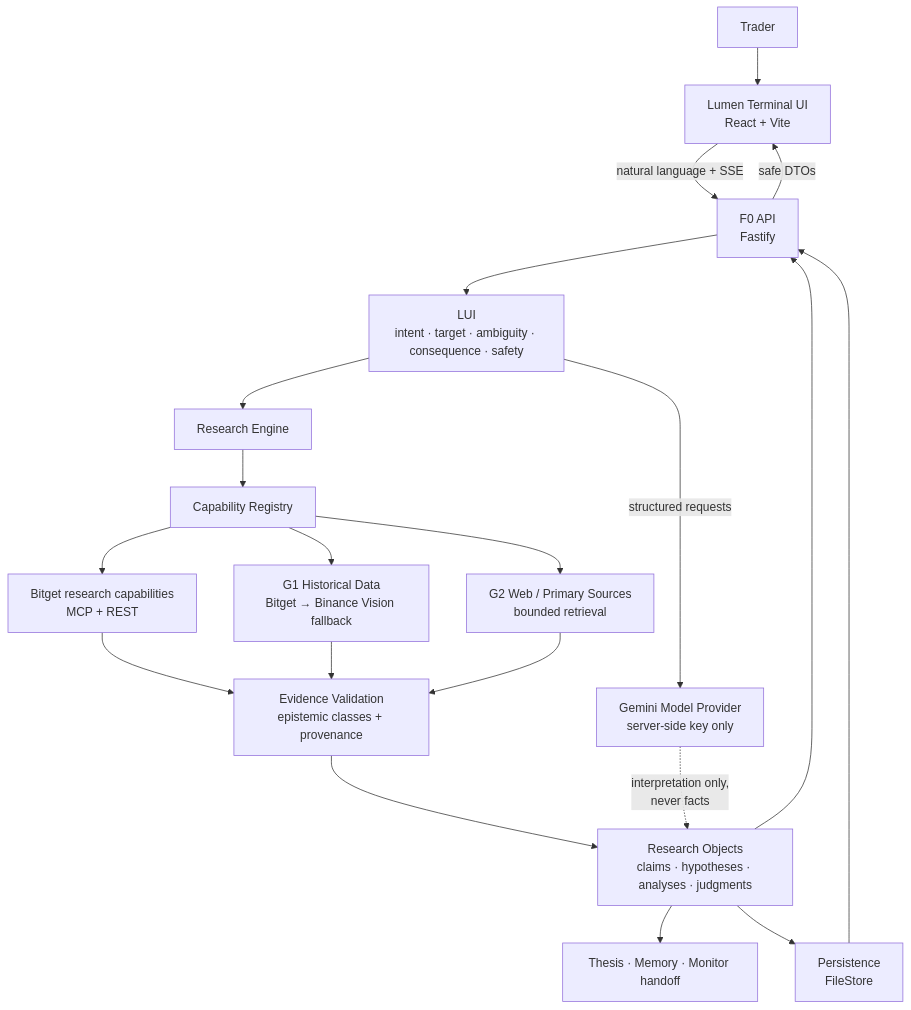
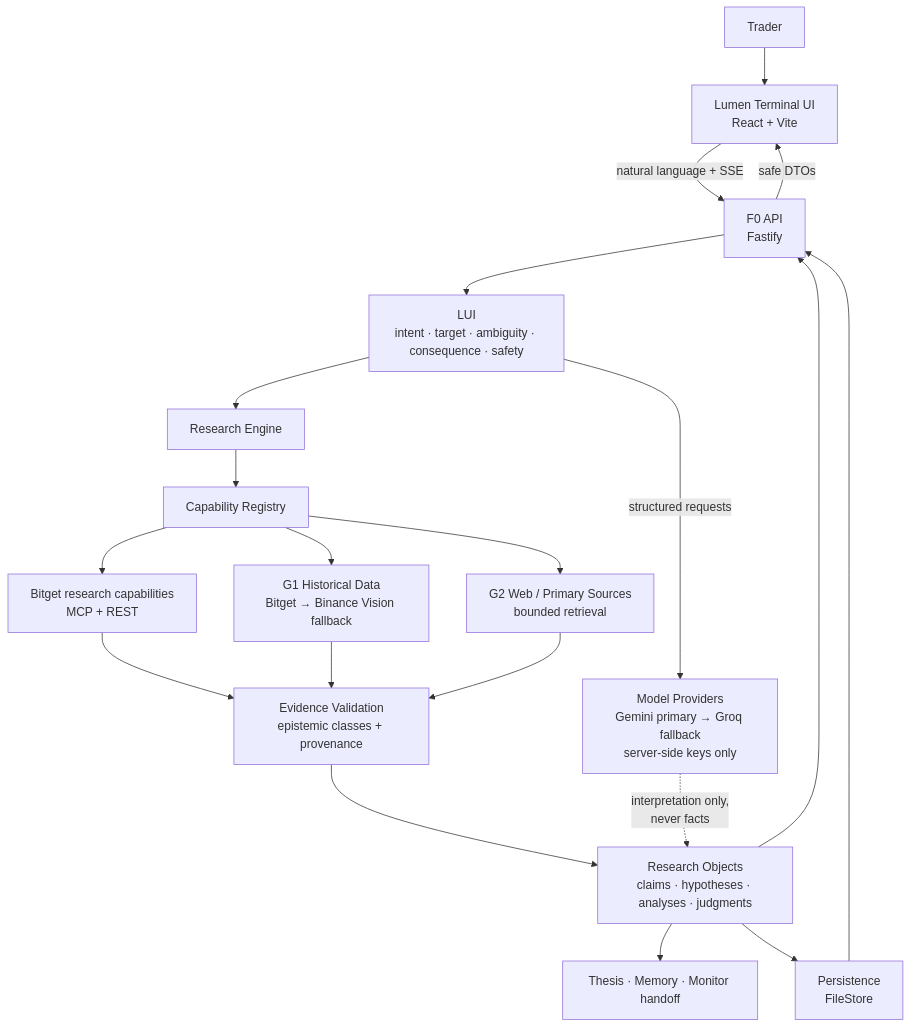
One commit to Abd00lmalik/Lumen-Terminal changed the first of 7 diagrams in README.md. Above: the diagram before and after it, drawn with Mermaid. The commit also changed other lines of this file and 16 other files, not shown here.

First line of the commit message:
Add Heurist Mesh capability fallbacks and Groq model fallback

````diff
--- a/README.md
+++ b/README.md
@@ -47,22 +47,22 @@
 ```mermaid
 flowchart TD
     USER[Trader] --> UI[Lumen Terminal UI<br/>React + Vite]
     UI -->|natural language + SSE| API[F0 API<br/>Fastify]
     API --> LUI[LUI<br/>intent · target · ambiguity · consequence · safety]
-    LUI -->|structured requests| GEMINI[Gemini Model Provider<br/>server-side key only]
+    LUI -->|structured requests| GEMINI[Model Providers<br/>Gemini primary → Groq fallback<br/>server-side keys only]
     LUI --> ENGINE[Research Engine]
     ENGINE --> REG[Capability Registry]
     REG --> BITGET[Bitget research capabilities<br/>MCP + REST]
     REG --> G1[G1 Historical Data<br/>Bitget → Binance Vision fallback]
     REG --> G2[G2 Web / Primary Sources<br/>bounded retrieval]
     BITGET --> EV[Evidence Validation<br/>epistemic classes + provenance]
     G1 --> EV
     G2 --> EV
     EV --> RO[Research Objects<br/>claims · hypotheses · analyses · judgments]
     GEMINI -.->|interpretation only,<br/>never facts| RO
     RO --> MEM[Thesis · Memory · Monitor handoff]
     RO --> STORE[Persistence<br/>FileStore]
     STORE --> API
     RO --> API
     API -->|safe DTOs| UI
 ```
````
